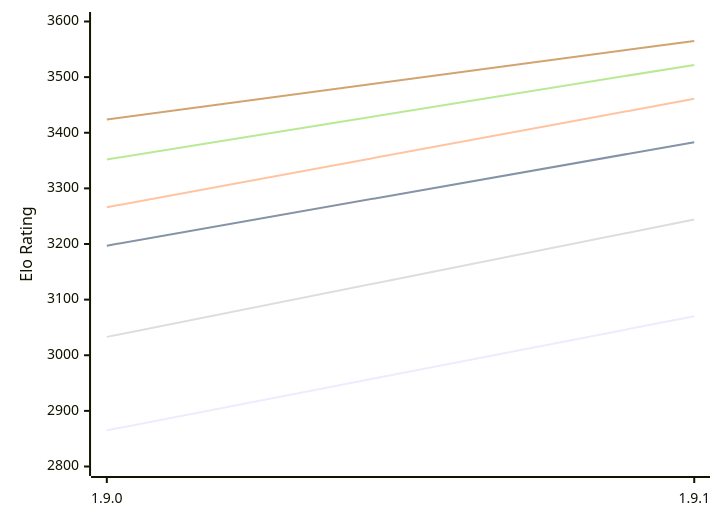
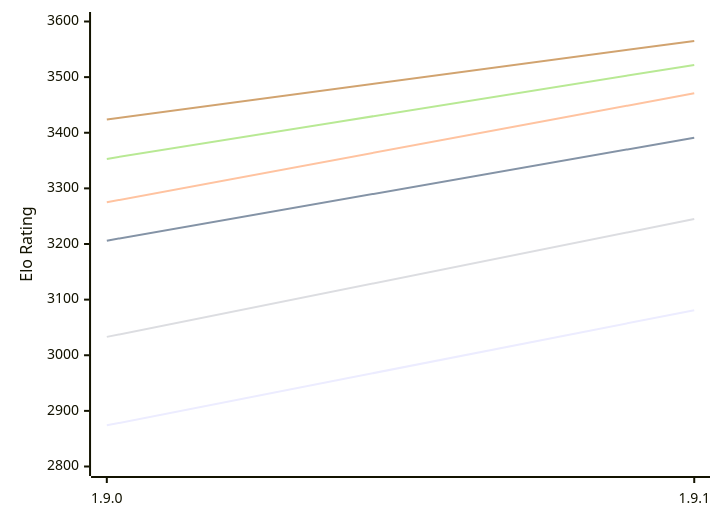
Before and after one commit to computer-chess-index/cci: the diagram in engines/Superpawn.md, drawn with Mermaid. The commit also changed other lines of this file, not shown here.

Commit message:
Update CCI Ratings (ELO VLTC) - 2026-11-07

````diff
--- a/engines/Superpawn.md
+++ b/engines/Superpawn.md
@@ -49,12 +49,12 @@
 ```mermaid
 %%{init: {"theme":"base","themeVariables":{"seriesColors:['#a3a3a3','#222221','#faa371']}}}%%
 xychart-beta
   x-axis ["1.9.0", "1.9.1"]
   y-axis "Elo Rating" 2800 --> 3600
-  line "E1: STC (8.0+0.08s)" [2865, 3070]
-  line "E1: LTC (60.0+0.60s)" [3197, 3383]
-  line "E1: VLTC (2m24s+1.12s)" [3266, 3461]
-  line "P1: STC (8.0+0.08s)" [3033, 3244]
-  line "P1: LTC (60.0+0.60s)" [3352, 3522]
+  line "E1: STC (8.0+0.08s)" [2874, 3081]
+  line "E1: LTC (60.0+0.60s)" [3206, 3391]
+  line "E1: VLTC (2m24s+1.12s)" [3275, 3471]
+  line "P1: STC (8.0+0.08s)" [3033, 3245]
+  line "P1: LTC (60.0+0.60s)" [3353, 3522]
   line "P1: VLTC (2m24s+1.12s)" [3424, 3565]
 ```
````
